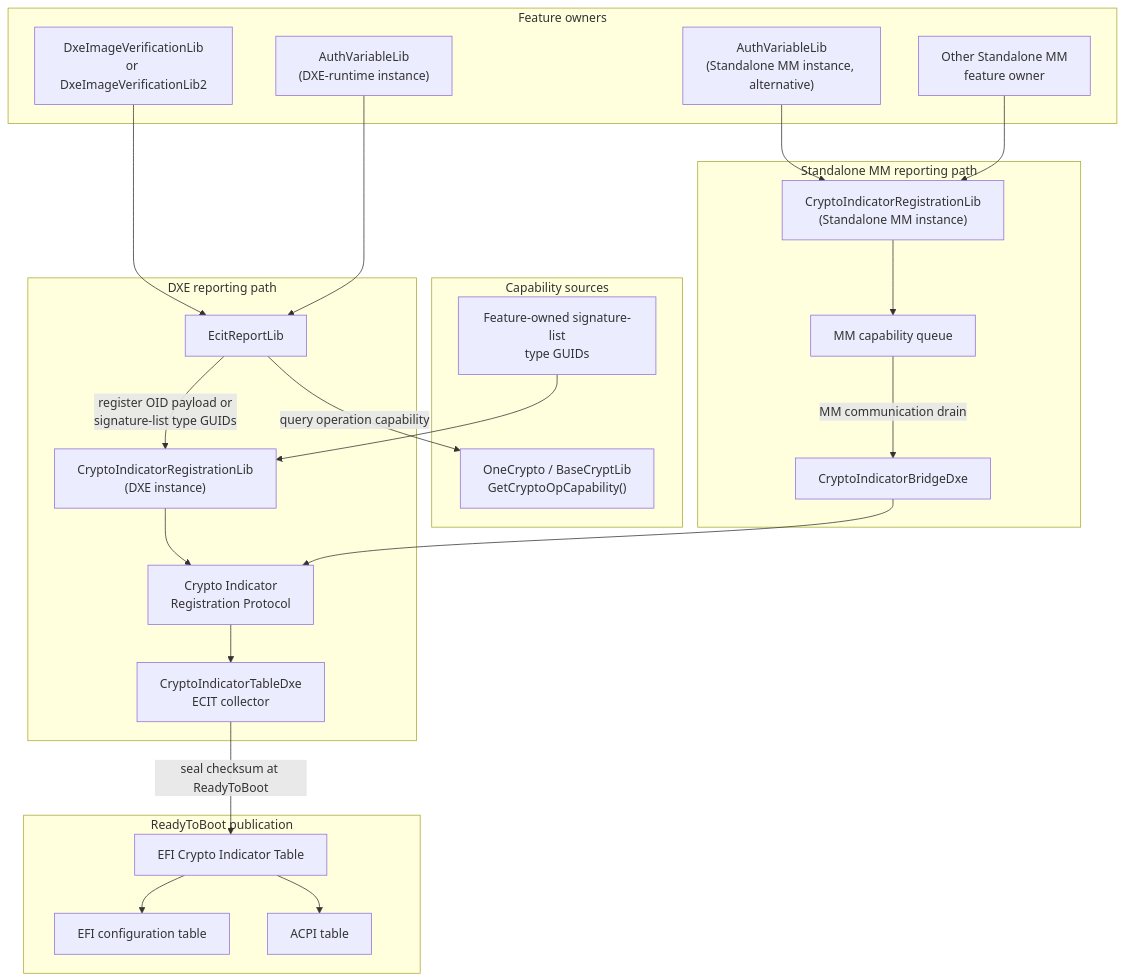
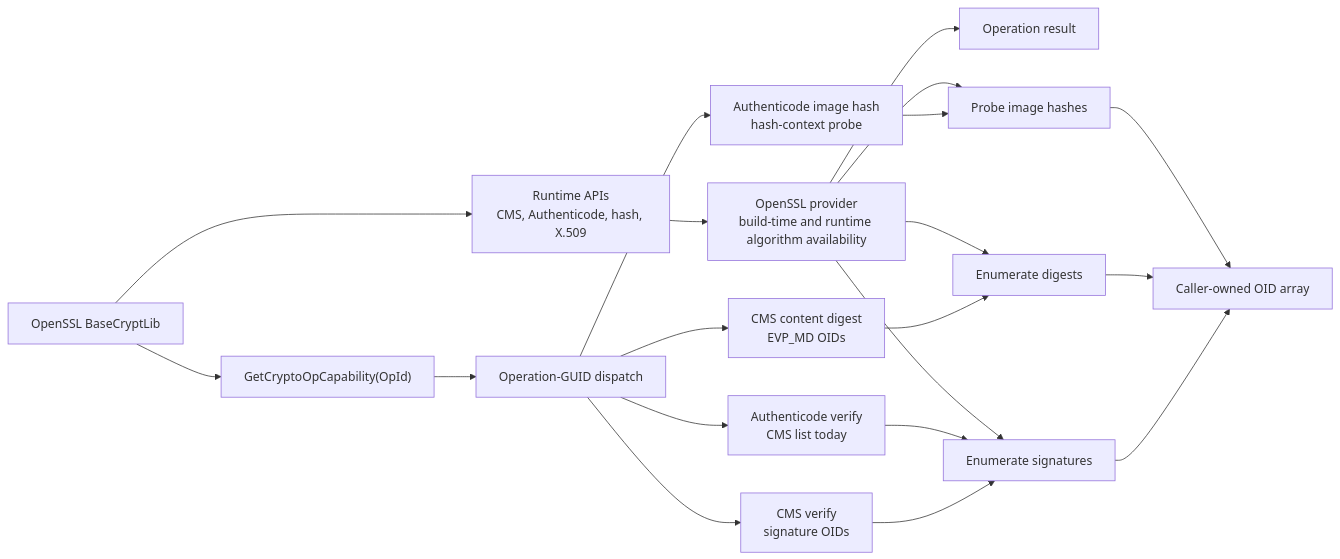
The third of 3 diagrams in SecurityPkg/CryptoIndicatorTable/README.md (microsoft/mu_basecore), drawn with Mermaid before and after one commit. The commit also changed other lines of this file and 2 other files, not shown here.

First line of the commit message:
SecurityPkg: Update ECIT reporting documentation

````diff
--- a/SecurityPkg/CryptoIndicatorTable/README.md
+++ b/SecurityPkg/CryptoIndicatorTable/README.md
@@ -7,51 +167,28 @@
 ```mermaid
-flowchart TB
-  subgraph FeatureOwners["Feature owners"]
-    ImageVerification["DxeImageVerificationLib<br/>or DxeImageVerificationLib2"]
-    AuthVariablesDxe["AuthVariableLib<br/>(DXE-runtime instance)"]
-    AuthVariablesMm["AuthVariableLib<br/>(Standalone MM instance, alternative)"]
-    OtherMmFeature["Other Standalone MM<br/>feature owner"]
-  end
+flowchart LR
+  Entry["OpenSSL BaseCryptLib"]
+  Provider["OpenSSL provider<br/>build-time and runtime algorithm availability"]
+  Runtime["Runtime APIs<br/>CMS, Authenticode, hash, X.509"]
+  RuntimeResult["Operation result"]
 
-  subgraph CapabilitySources["Capability sources"]
-    OneCrypto["OneCrypto / BaseCryptLib<br/>GetCryptoOpCapability()"]
-    SignatureTypes["Feature-owned signature-list<br/>type GUIDs"]
-  end
+  Query["GetCryptoOpCapability(OpId)"]
+  Dispatch["Operation-GUID dispatch"]
+  CmsVerify["CMS verify<br/>signature OIDs"]
+  CmsDigest["CMS content digest<br/>EVP_MD OIDs"]
+  AuthVerify["Authenticode verify<br/>CMS list today"]
+  AuthHash["Authenticode image hash<br/>hash-context probe"]
+  SignatureEnumeration["Enumerate signatures"]
+  DigestEnumeration["Enumerate digests"]
+  HashProbe["Probe image hashes"]
+  OidCapabilities["Caller-owned OID array"]
 
-  subgraph DxeReporting["DXE reporting path"]
-    EcitReport["EcitReportLib"]
-    DxeRegistration["CryptoIndicatorRegistrationLib<br/>(DXE instance)"]
-    RegistrationProtocol["Crypto Indicator<br/>Registration Protocol"]
-    Collector["CryptoIndicatorTableDxe<br/>ECIT collector"]
-  end
-
-  subgraph MmReporting["Standalone MM reporting path"]
-    MmRegistration["CryptoIndicatorRegistrationLib<br/>(Standalone MM instance)"]
-    MmQueue["MM capability queue"]
-    MmBridge["CryptoIndicatorBridgeDxe"]
-  end
-
-  subgraph PublishedTable["ReadyToBoot publication"]
-    Ecit["EFI Crypto Indicator Table"]
-    ConfigTable["EFI configuration table"]
-    AcpiTable["ACPI table"]
-  end
-
-  ImageVerification --> EcitReport
-  AuthVariablesDxe --> EcitReport
-  EcitReport -->|query operation capability| OneCrypto
-  EcitReport -->|register OID payload or<br/>signature-list type GUIDs| DxeRegistration
-  SignatureTypes --> DxeRegistration
-  DxeRegistration --> RegistrationProtocol
-  RegistrationProtocol --> Collector
-
-  AuthVariablesMm --> MmRegistration
-  OtherMmFeature --> MmRegistration
-  MmRegistration --> MmQueue
-  MmQueue -->|MM communication drain| MmBridge
-  MmBridge --> RegistrationProtocol
-
-  Collector -->|seal checksum at ReadyToBoot| Ecit
-  Ecit --> ConfigTable
-  Ecit --> AcpiTable
+  Entry --> Runtime --> Provider --> RuntimeResult
+  Entry --> Query --> Dispatch
+  Dispatch --> CmsVerify --> SignatureEnumeration --> OidCapabilities
+  Dispatch --> AuthVerify --> SignatureEnumeration
+  Dispatch --> CmsDigest --> DigestEnumeration --> OidCapabilities
+  Dispatch --> AuthHash --> HashProbe --> OidCapabilities
+  Provider --> SignatureEnumeration
+  Provider --> DigestEnumeration
+  Provider --> HashProbe
 ```
````
